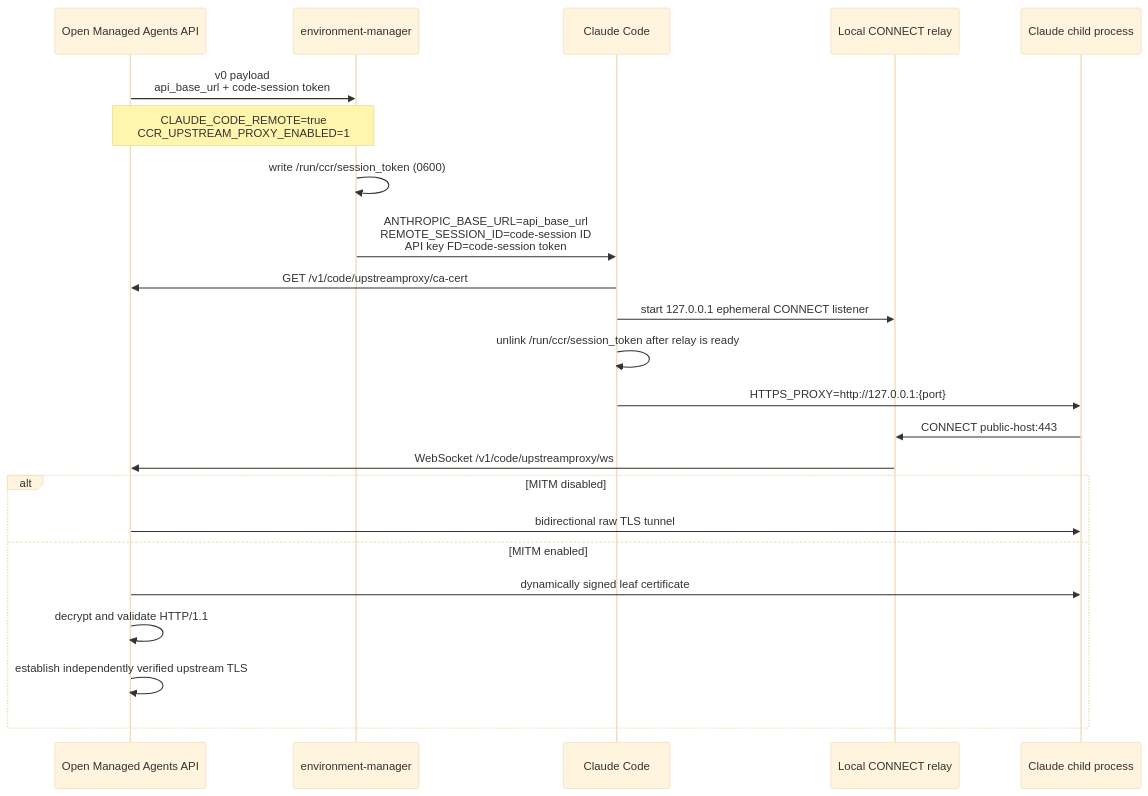
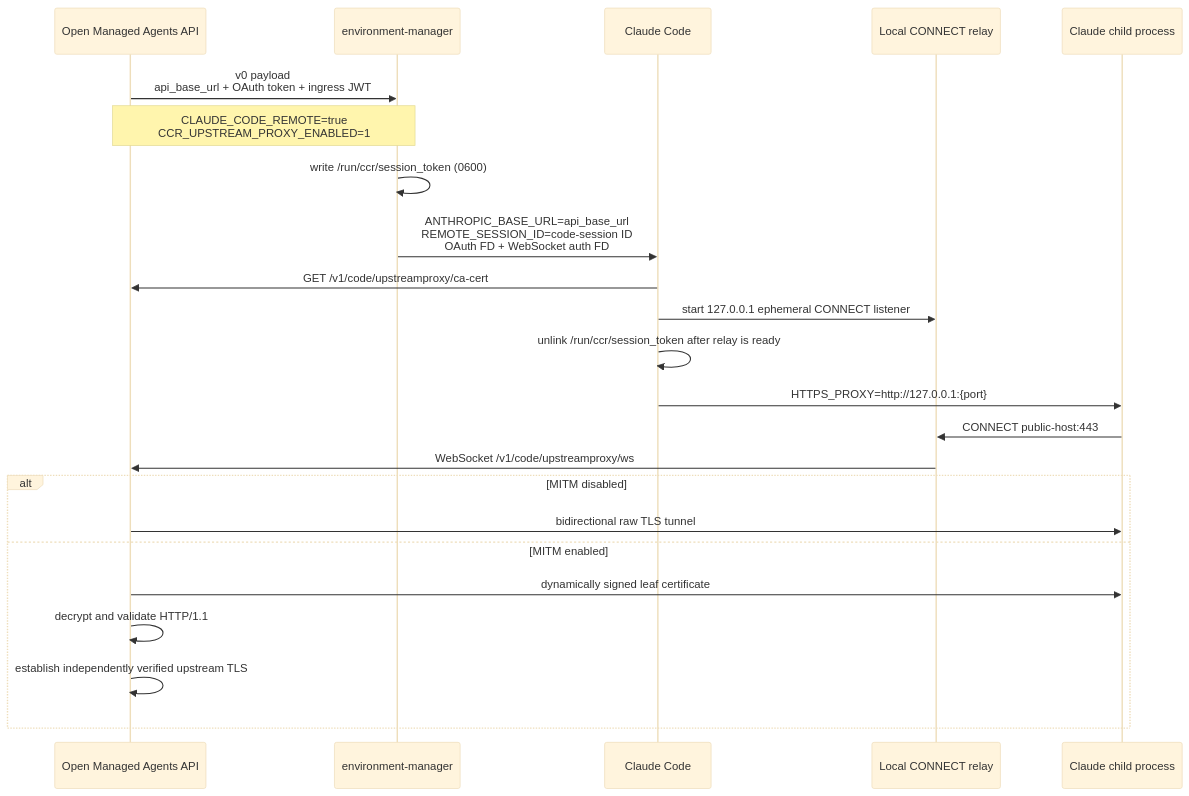
Before and after one commit to superduck-ai/open-managed-agents: the diagram in docs/design/be/ccrv2/upstream-proxy-and-model-runtime.md, drawn with Mermaid (base theme). The commit also changed other lines of this file and 59 other files, not shown here.

````diff
--- a/docs/design/be/ccrv2/upstream-proxy-and-model-runtime.md
+++ b/docs/design/be/ccrv2/upstream-proxy-and-model-runtime.md
@@ -29,26 +29,26 @@
 ```mermaid
 sequenceDiagram
     participant API as Open Managed Agents API
     participant EM as environment-manager
     participant Claude as Claude Code
     participant Relay as Local CONNECT relay
     participant Child as Claude child process
 
-    API->>EM: v0 payload<br/>api_base_url + code-session token
+    API->>EM: v0 payload<br/>api_base_url + OAuth token + ingress JWT
     Note over API,EM: CLAUDE_CODE_REMOTE=true<br/>CCR_UPSTREAM_PROXY_ENABLED=1
     EM->>EM: write /run/ccr/session_token (0600)
-    EM->>Claude: ANTHROPIC_BASE_URL=api_base_url<br/>REMOTE_SESSION_ID=code-session ID<br/>API key FD=code-session token
+    EM->>Claude: ANTHROPIC_BASE_URL=api_base_url<br/>REMOTE_SESSION_ID=code-session ID<br/>OAuth FD + WebSocket auth FD
     Claude->>API: GET /v1/code/upstreamproxy/ca-cert
     Claude->>Relay: start 127.0.0.1 ephemeral CONNECT listener
     Claude->>Claude: unlink /run/ccr/session_token after relay is ready
     Claude->>Child: HTTPS_PROXY=http://127.0.0.1:{port}
     Child->>Relay: CONNECT public-host:443
     Relay->>API: WebSocket /v1/code/upstreamproxy/ws
     alt MITM disabled
         API->>Child: bidirectional raw TLS tunnel
     else MITM enabled
         API->>Child: dynamically signed leaf certificate
         API->>API: decrypt and validate HTTP/1.1
         API->>API: establish independently verified upstream TLS
     end
 ```
````
